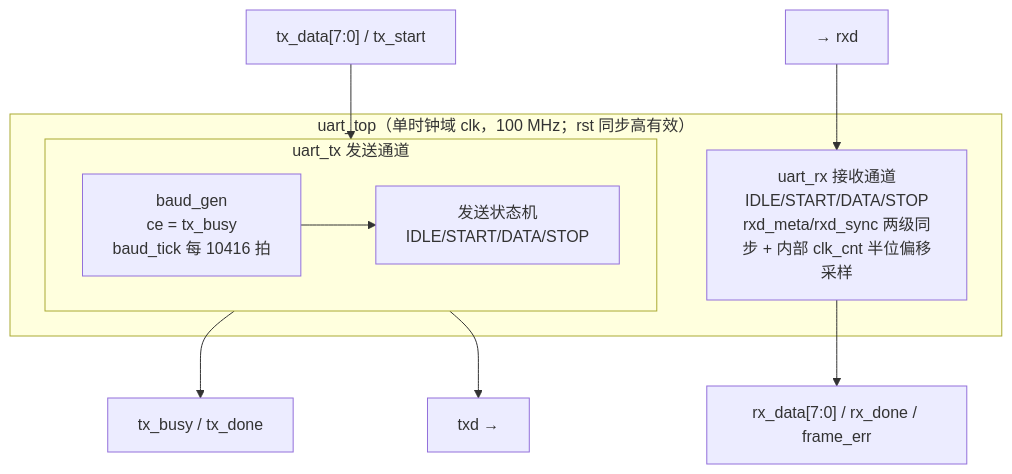
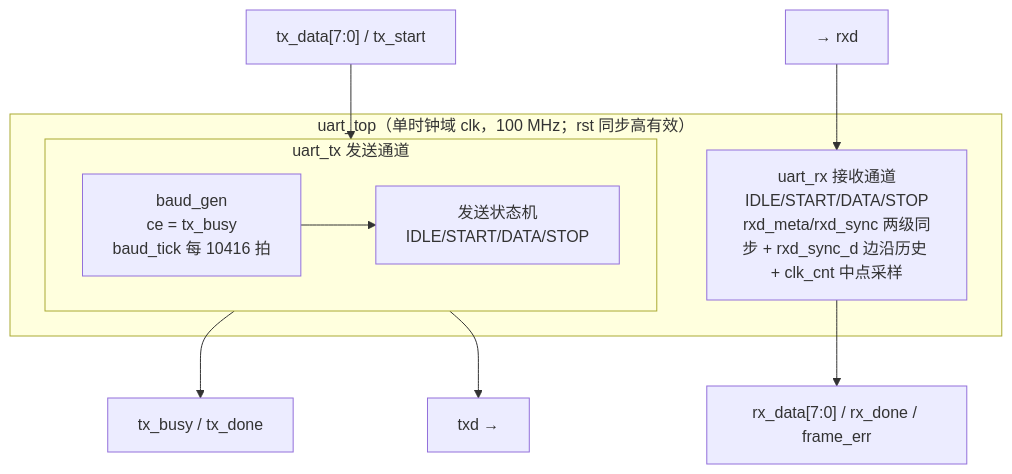
Before and after one commit to whosl/Synthia: the diagram in golden/uart/docs/03-结构设计说明.md, drawn with Mermaid. The commit also changed other lines of this file and 11 other files, not shown here.

````diff
--- a/golden/uart/docs/03-结构设计说明.md
+++ b/golden/uart/docs/03-结构设计说明.md
@@ -53,16 +53,16 @@
 ```mermaid
 flowchart TB
     subgraph TOP["uart_top（单时钟域 clk，100 MHz；rst 同步高有效）"]
         subgraph TX["uart_tx 发送通道"]
             BG["baud_gen\nce = tx_busy\nbaud_tick 每 10416 拍"]
             FSM_TX["发送状态机\nIDLE/START/DATA/STOP"]
             BG --> FSM_TX
         end
-        RX["uart_rx 接收通道\nIDLE/START/DATA/STOP\nrxd_meta/rxd_sync 两级同步 + 内部 clk_cnt 半位偏移采样"]
+        RX["uart_rx 接收通道\nIDLE/START/DATA/STOP\nrxd_meta/rxd_sync 两级同步 + rxd_sync_d 边沿历史 + clk_cnt 中点采样"]
     end
     TXD_IN["tx_data[7:0] / tx_start"] --> TX
     TX --> ST["tx_busy / tx_done"]
     TX --> TXD["txd →"]
     RXD["→ rxd"] --> RX
     RX --> RXD_OUT["rx_data[7:0] / rx_done / frame_err"]
 ```
````
